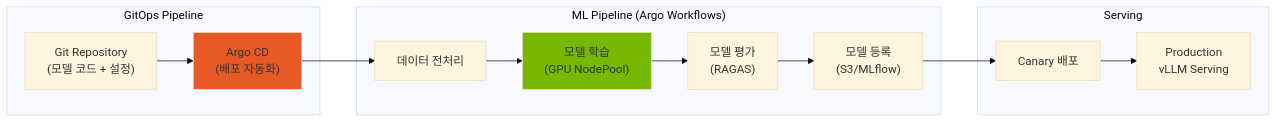
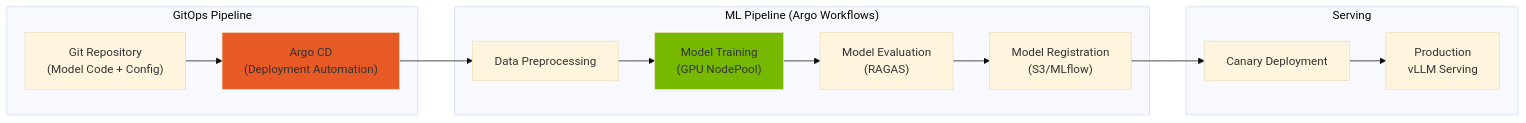
Before and after one commit to devfloor9/engineering-playbook: the ninth of 11 diagrams in i18n/en/docusaurus-plugin-content-docs/current/agentic-ai-platform/design-architecture/agentic-ai-solutions-eks.md, drawn with Mermaid (base theme). The commit also changed other lines of this file and 16 other files, not shown here.

````diff
--- a/i18n/en/docusaurus-plugin-content-docs/current/agentic-ai-platform/design-architecture/agentic-ai-solutions-eks.md
+++ b/i18n/en/docusaurus-plugin-content-docs/current/agentic-ai-platform/design-architecture/agentic-ai-solutions-eks.md
@@ -609,26 +609,26 @@
 ```mermaid
 graph LR
     subgraph "GitOps Pipeline"
-        GIT["Git Repository<br/>(모델 코드 + 설정)"]
-        ARGOCD["Argo CD<br/>(배포 자동화)"]
+        GIT["Git Repository<br/>(Model Code + Config)"]
+        ARGOCD["Argo CD<br/>(Deployment Automation)"]
     end
 
     subgraph "ML Pipeline (Argo Workflows)"
-        PREP["데이터 전처리"]
-        TRAIN["모델 학습<br/>(GPU NodePool)"]
-        EVAL["모델 평가<br/>(RAGAS)"]
-        REG["모델 등록<br/>(S3/MLflow)"]
+        PREP["Data Preprocessing"]
+        TRAIN["Model Training<br/>(GPU NodePool)"]
+        EVAL["Model Evaluation<br/>(RAGAS)"]
+        REG["Model Registration<br/>(S3/MLflow)"]
     end
 
     subgraph "Serving"
-        CANARY["Canary 배포"]
+        CANARY["Canary Deployment"]
         PROD["Production<br/>vLLM Serving"]
     end
 
     GIT --> ARGOCD
     ARGOCD --> PREP --> TRAIN --> EVAL --> REG
     REG --> CANARY --> PROD
 
     style ARGOCD fill:#e85a25
     style TRAIN fill:#76b900
 ```
````
